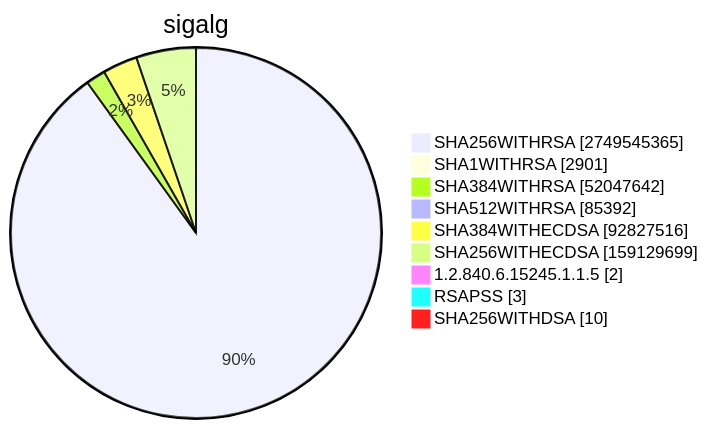
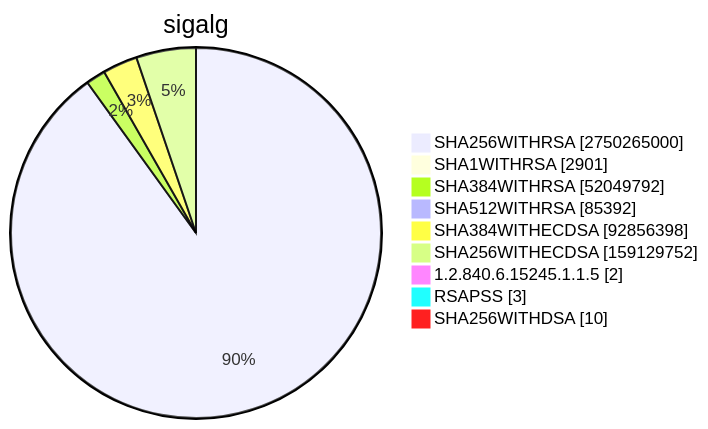
Diagram 15 of 15 in TOTAL/README.md (christiankrug/ctmonitor_visualization), drawn with Mermaid before and after one commit. The commit also changed other lines of this file, not shown here.

````diff
--- a/TOTAL/README.md
+++ b/TOTAL/README.md
@@ -6205,13 +6205,13 @@
 ```mermaid
 pie showData
 title sigalg
-"SHA256WITHRSA" :2749545365
+"SHA256WITHRSA" :2750265000
 "SHA1WITHRSA" :2901
-"SHA384WITHRSA" :52047642
+"SHA384WITHRSA" :52049792
 "SHA512WITHRSA" :85392
-"SHA384WITHECDSA" :92827516
-"SHA256WITHECDSA" :159129699
+"SHA384WITHECDSA" :92856398
+"SHA256WITHECDSA" :159129752
 "1.2.840.6.15245.1.1.5" :2
 "RSAPSS" :3
 "SHA256WITHDSA" :10
 ```
````
